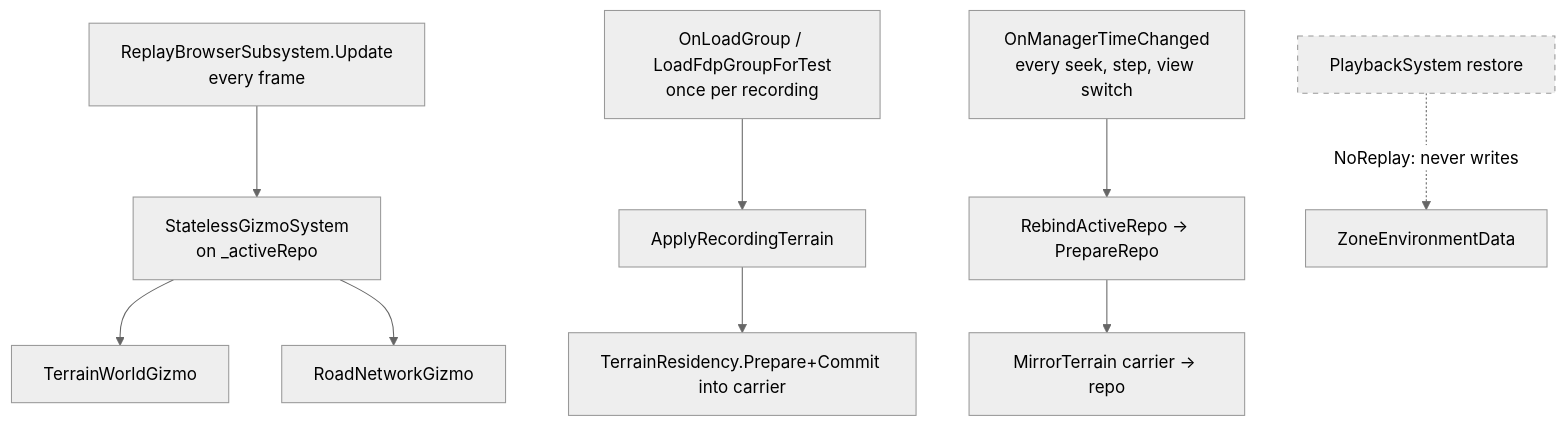
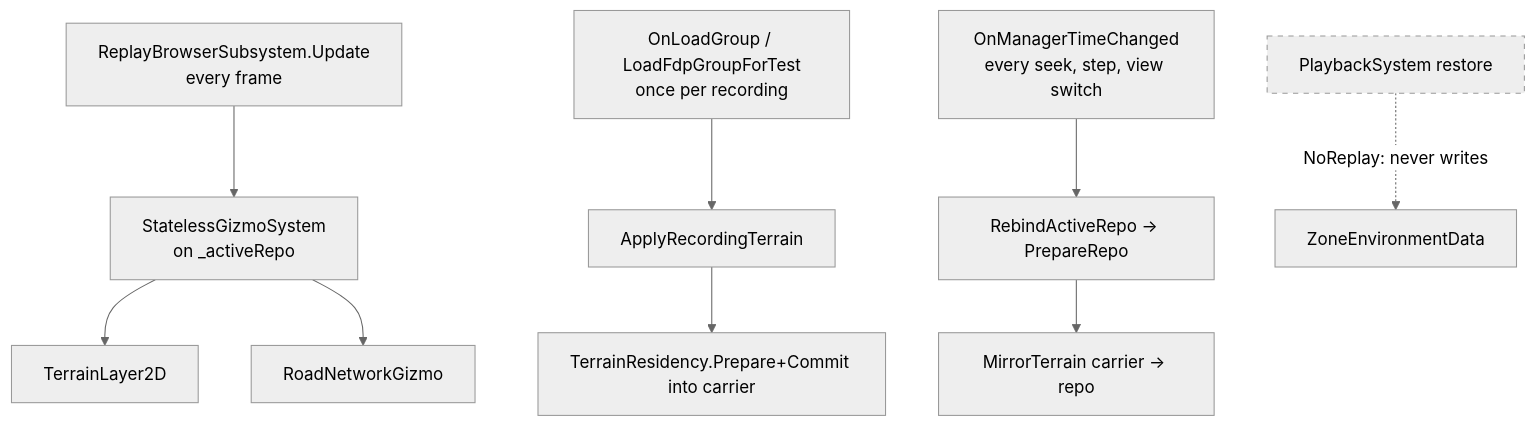
The sixth of 6 diagrams in docs/DESIGN_Geo_Origin.md (pjanec/HROT), drawn with Mermaid (neutral theme) before and after one commit. The commit also changed other lines of this file and 22 other files, not shown here.

First line of the commit message:
feat(CE-1227): the 2-D terrain is a retained layer, not gizmos (R-1013)

````diff
--- a/docs/DESIGN_Geo_Origin.md
+++ b/docs/DESIGN_Geo_Origin.md
@@ -235,12 +235,12 @@
 ```mermaid
 graph TD
   U[ReplayBrowserSubsystem.Update<br/>every frame] --> S[StatelessGizmoSystem<br/>on _activeRepo]
-  S --> TG[TerrainWorldGizmo]
+  S --> TG[TerrainLayer2D]
   S --> RG[RoadNetworkGizmo]
   L[OnLoadGroup / LoadFdpGroupForTest<br/>once per recording] --> AT[ApplyRecordingTerrain]
   AT --> TR[TerrainResidency.Prepare+Commit into carrier]
   T[OnManagerTimeChanged<br/>every seek, step, view switch] --> RB[RebindActiveRepo → PrepareRepo]
   RB --> M[MirrorTerrain carrier → repo]
   P[PlaybackSystem restore] -. NoReplay: never writes .-> Z[ZoneEnvironmentData]
   style P stroke-dasharray: 5 5
 ```
````
